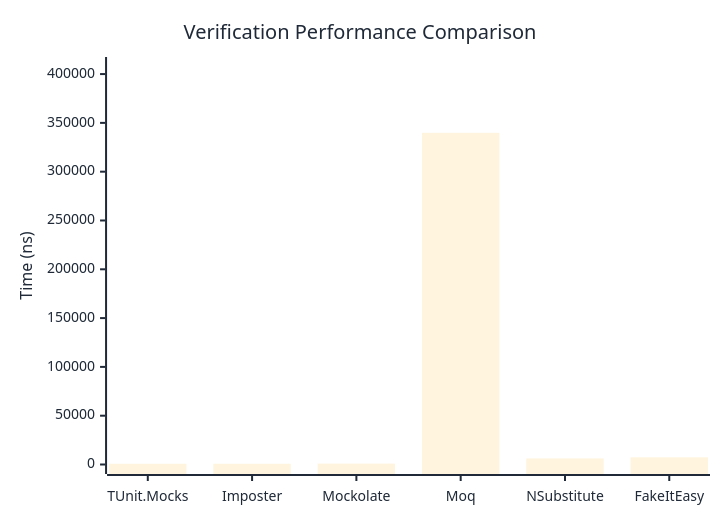
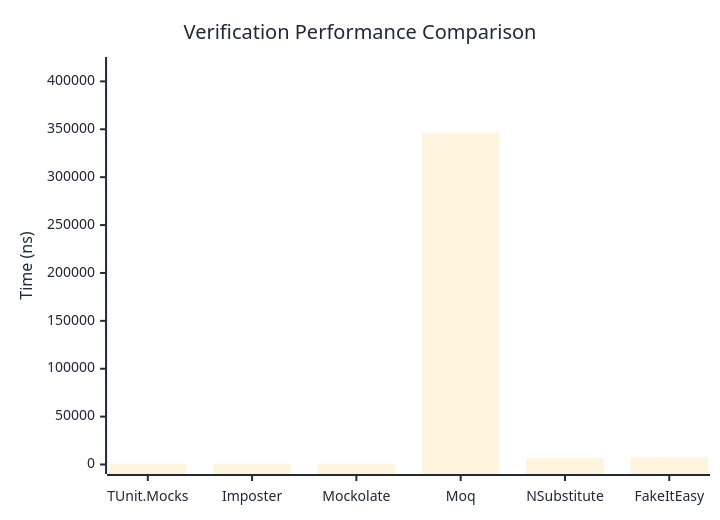
The first of 3 diagrams in docs/docs/benchmarks/mocks/Verification.md (thomhurst/TUnit), drawn with Mermaid before and after one commit. The commit also changed other lines of this file and 14 other files, not shown here.

````diff
--- a/docs/docs/benchmarks/mocks/Verification.md
+++ b/docs/docs/benchmarks/mocks/Verification.md
@@ -28,27 +28,27 @@
 ```mermaid
 %%{init: {
   'theme':'base',
   'themeVariables': {
     'primaryColor': '#2563eb',
     'primaryTextColor': '#1f2937',
     'primaryBorderColor': '#1e40af',
     'lineColor': '#6b7280',
     'secondaryColor': '#7c3aed',
     'tertiaryColor': '#dc2626',
     'background': '#ffffff',
     'pie1': '#2563eb',
     'pie2': '#7c3aed',
     'pie3': '#dc2626',
     'pie4': '#f59e0b',
     'pie5': '#10b981',
     'pie6': '#06b6d4',
     'pie7': '#ec4899',
     'pie8': '#6366f1'
   }
 }}%%
 xychart-beta
   title "Verification Performance Comparison"
   x-axis ["TUnit.Mocks", "Imposter", "Mockolate", "Moq", "NSubstitute", "FakeItEasy"]
-  y-axis "Time (ns)" 0 --> 407760
-  bar [746.83, 716.93, 912.35, 339799.4, 6199.09, 7322.17]
+  y-axis "Time (ns)" 0 --> 415561
+  bar [794.04, 728.23, 943.98, 346300.4, 6524.12, 7835.22]
 ```
````
